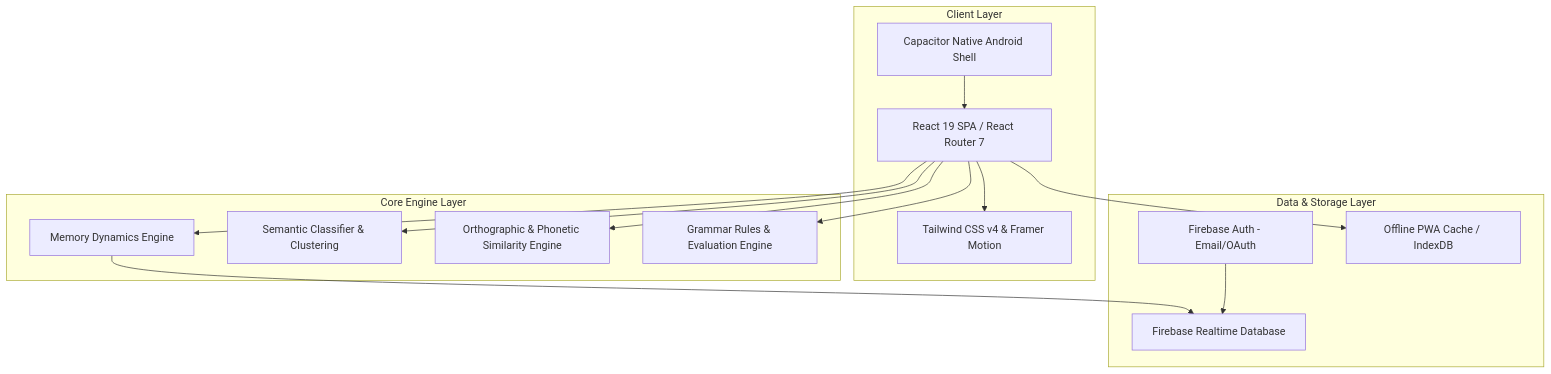
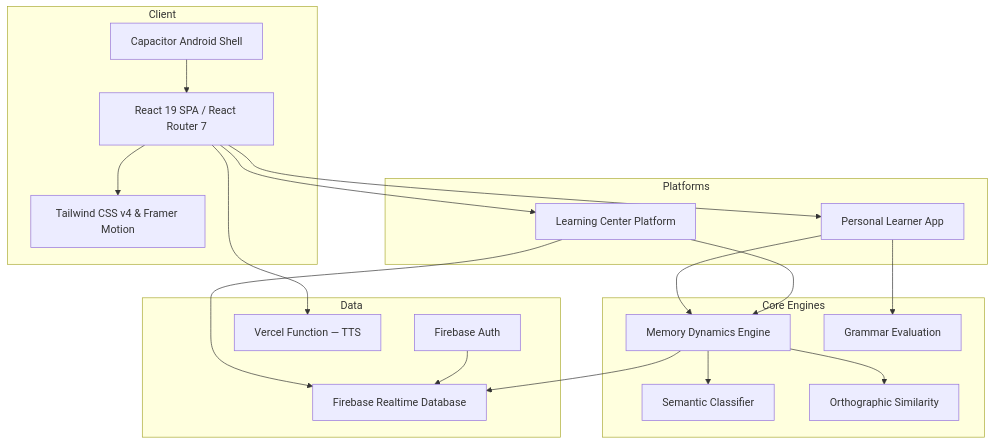
The third of 3 diagrams in README.md (theazimjo/VOC), drawn with Mermaid before and after one commit. The commit also changed other lines of this file and 8 other files, not shown here.

````diff
--- a/README.md
+++ b/README.md
@@ -92,31 +122,40 @@
 ```mermaid
 graph TD
-    subgraph Client Layer
-        ReactApp[React 19 SPA / React Router 7]
-        TailwindUI[Tailwind CSS v4 & Framer Motion]
-        CapacitorBridge[Capacitor Native Android Shell]
+    subgraph Client
+        App[React 19 SPA / React Router 7]
+        UI[Tailwind CSS v4 & Framer Motion]
+        Android[Capacitor Android Shell]
     end
 
-    subgraph Core Engine Layer
-        MemoryEngine[Memory Dynamics Engine]
-        SemanticClassifier[Semantic Classifier & Clustering]
-        TextSimilarity[Orthographic & Phonetic Similarity Engine]
-        GrammarEngine[Grammar Rules & Evaluation Engine]
+    subgraph Core Engines
+        Memory[Memory Dynamics Engine]
+        Semantic[Semantic Classifier]
+        Similarity[Orthographic Similarity]
+        Grammar[Grammar Evaluation]
     end
 
-    subgraph Data & Storage Layer
-        FirebaseAuth[Firebase Auth - Email/OAuth]
-        FirebaseDB[Firebase Realtime Database]
-        LocalStorage[Offline PWA Cache / IndexDB]
+    subgraph Platforms
+        Personal[Personal Learner App]
+        Corp[Learning Center Platform]
     end
 
-    ReactApp --> TailwindUI
-    CapacitorBridge --> ReactApp
-    ReactApp --> MemoryEngine
-    ReactApp --> SemanticClassifier
-    ReactApp --> TextSimilarity
-    ReactApp --> GrammarEngine
-    MemoryEngine --> FirebaseDB
-    FirebaseAuth --> FirebaseDB
-    ReactApp --> LocalStorage
+    subgraph Data
+        Auth[Firebase Auth]
+        RTDB[Firebase Realtime Database]
+        TTS[Vercel Function — TTS]
+    end
+
+    Android --> App
+    App --> UI
+    App --> Personal
+    App --> Corp
+    Personal --> Memory
+    Corp --> Memory
+    Memory --> Semantic
+    Memory --> Similarity
+    Personal --> Grammar
+    Memory --> RTDB
+    Corp --> RTDB
+    Auth --> RTDB
+    App --> TTS
 ```
````
